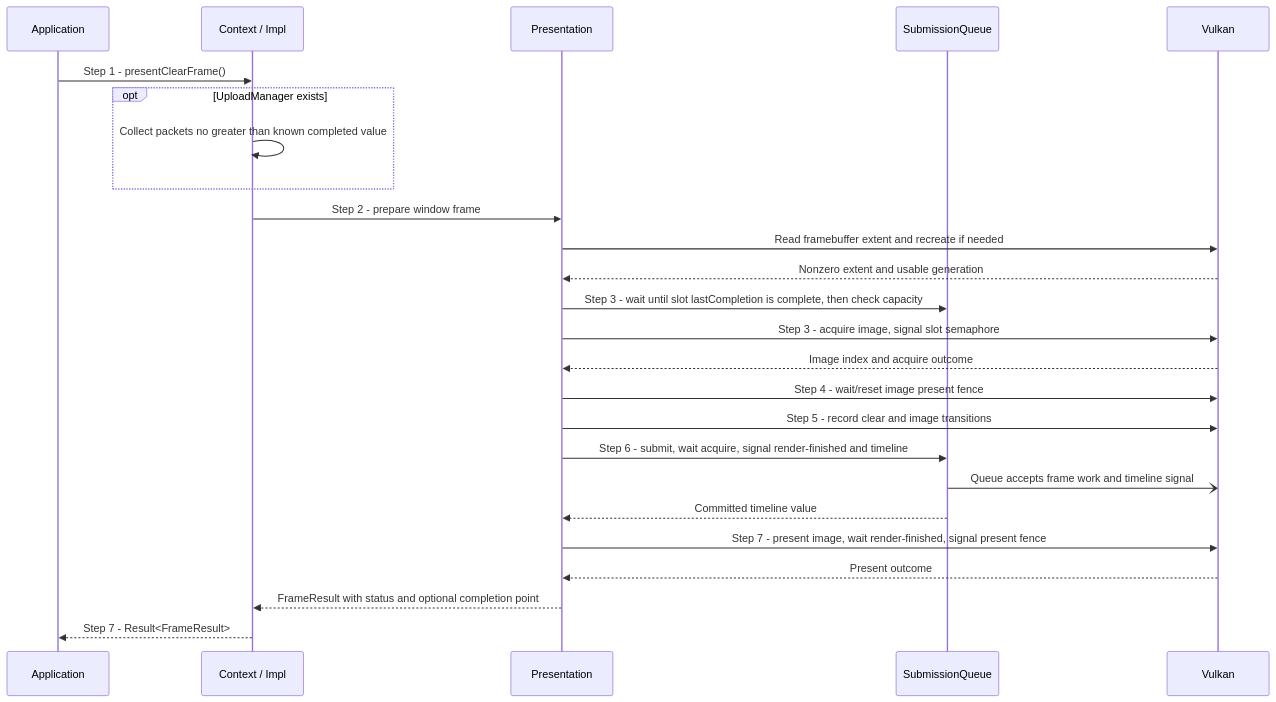
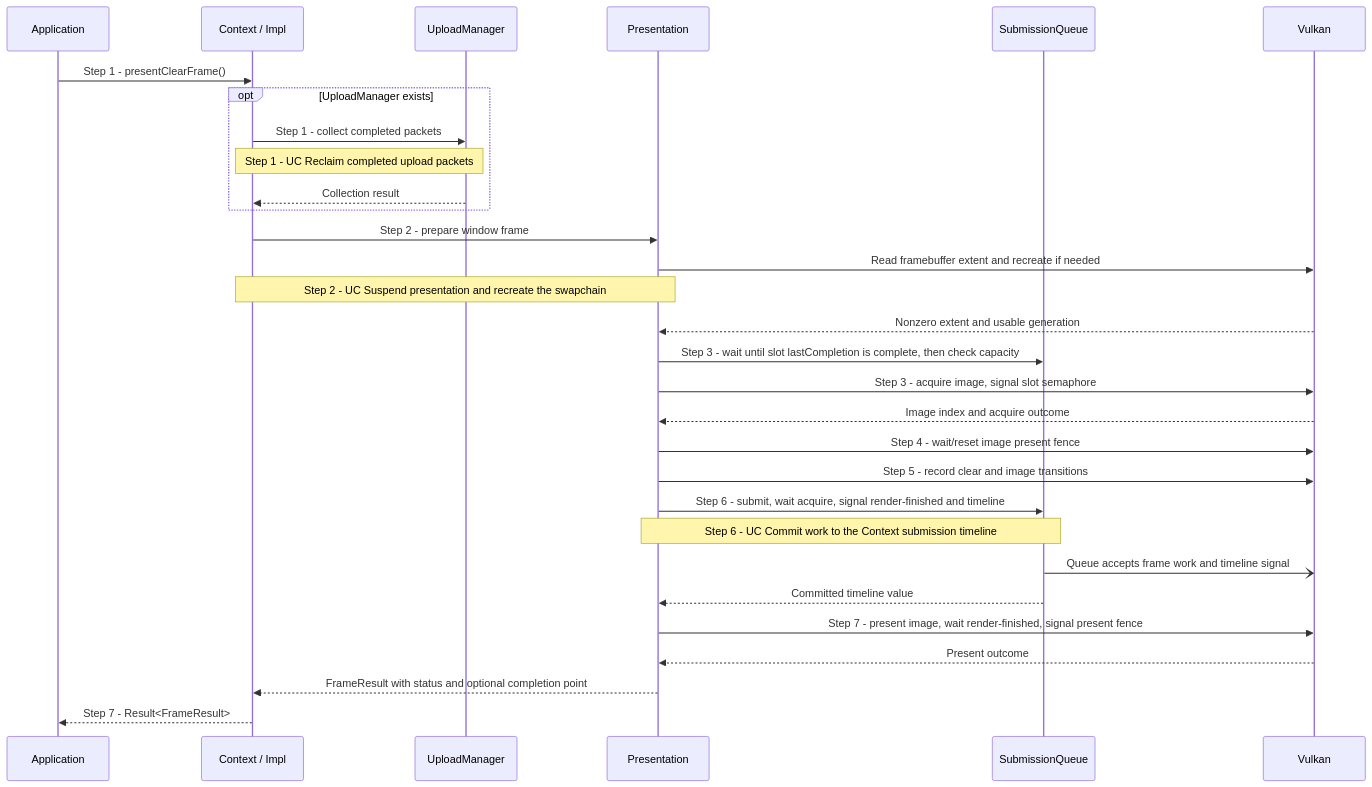
The diagram in docs/use-cases/render-clear-frame.md (a-soltysik/Panda), drawn with Mermaid before and after one commit. The commit also changed other lines of this file and 23 other files, not shown here.

Commit message:
Align use-case references and document shared upload flows (#82)

````diff
--- a/docs/use-cases/render-clear-frame.md
+++ b/docs/use-cases/render-clear-frame.md
@@ -58,27 +58,32 @@
 ```mermaid
 sequenceDiagram
     participant A as Application
     participant C as Context / Impl
+    participant U as UploadManager
     participant P as Presentation
     participant Q as SubmissionQueue
     participant V as Vulkan
     A->>C: Step 1 - presentClearFrame()
     opt UploadManager exists
-        C->>C: Collect packets no greater than known completed value
+        C->>U: Step 1 - collect completed packets
+        Note over C,U: Step 1 - UC Reclaim completed upload packets
+        U-->>C: Collection result
     end
     C->>P: Step 2 - prepare window frame
     P->>V: Read framebuffer extent and recreate if needed
+    Note over C,P: Step 2 - UC Suspend presentation and recreate the swapchain
     V-->>P: Nonzero extent and usable generation
     P->>Q: Step 3 - wait until slot lastCompletion is complete, then check capacity
     P->>V: Step 3 - acquire image, signal slot semaphore
     V-->>P: Image index and acquire outcome
     P->>V: Step 4 - wait/reset image present fence
     P->>V: Step 5 - record clear and image transitions
     P->>Q: Step 6 - submit, wait acquire, signal render-finished and timeline
+    Note over P,Q: Step 6 - UC Commit work to the Context submission timeline
     Q-)V: Queue accepts frame work and timeline signal
     Q-->>P: Committed timeline value
     P->>V: Step 7 - present image, wait render-finished, signal present fence
     V-->>P: Present outcome
     P-->>C: FrameResult with status and optional completion point
     C-->>A: Step 7 - Result<FrameResult>
 ```
````
